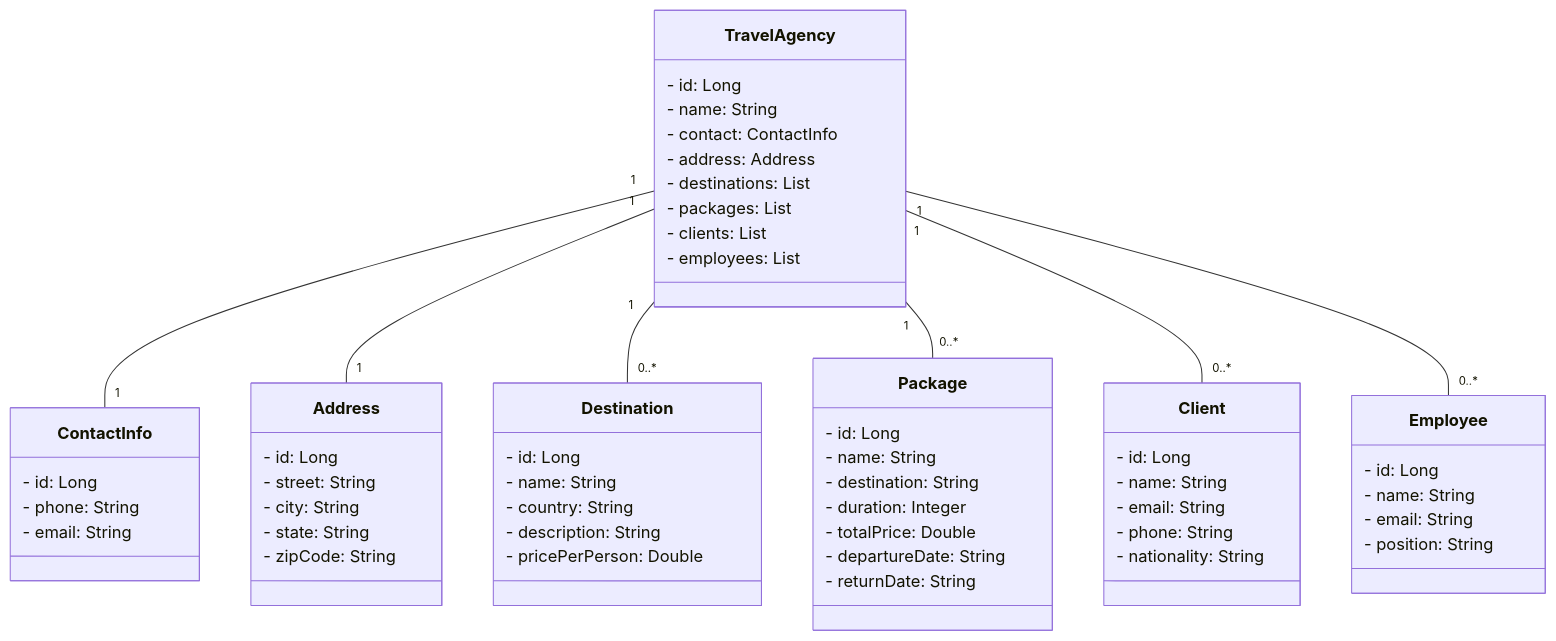
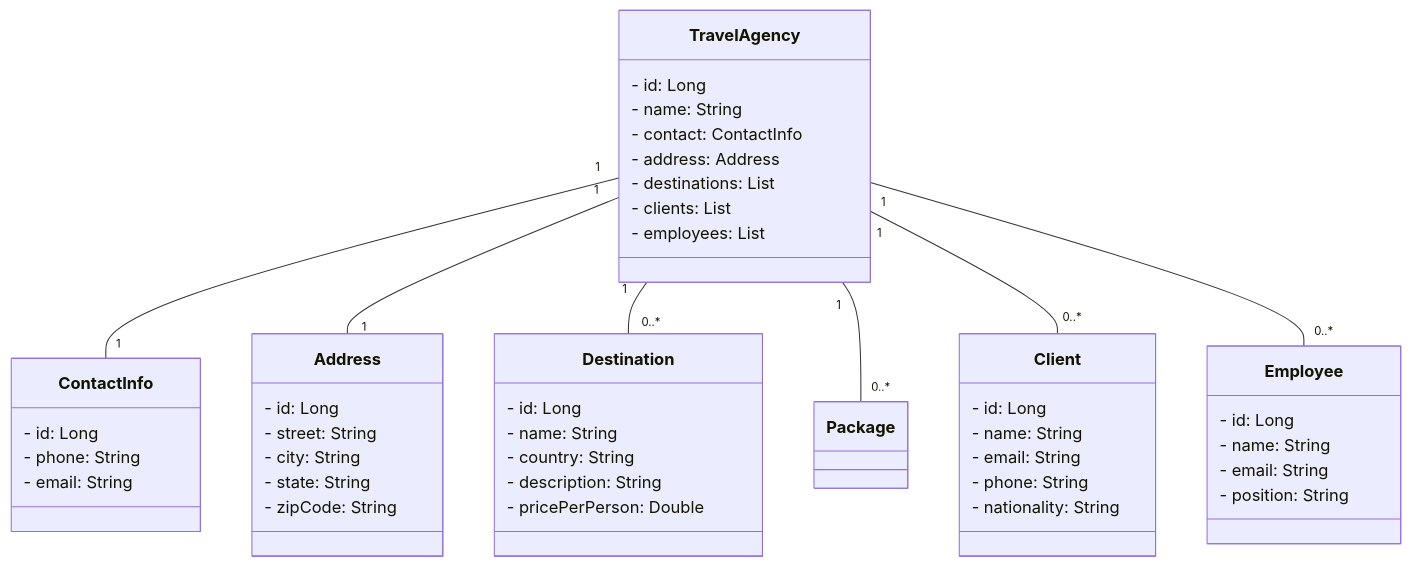
The diagram in README.md (Edurequia/travel-agency), drawn with Mermaid before and after one commit.

````diff
--- a/README.md
+++ b/README.md
@@ -3,68 +3,57 @@
 ``` mermaid
 classDiagram
   class TravelAgency {
     - id: Long
     - name: String
     - contact: ContactInfo
     - address: Address
     - destinations: List<Destination>
-    - packages: List<Package>
     - clients: List<Client>
     - employees: List<Employee>
   }
 
   class ContactInfo {
     - id: Long
     - phone: String
     - email: String
   }
 
   class Address {
     - id: Long
     - street: String
     - city: String
     - state: String
     - zipCode: String
   }
 
   class Destination {
     - id: Long
     - name: String
     - country: String
     - description: String
     - pricePerPerson: Double
   }
 
-  class Package {
-    - id: Long
-    - name: String
-    - destination: String
-    - duration: Integer
-    - totalPrice: Double
-    - departureDate: String
-    - returnDate: String
-  }
-
   class Client {
     - id: Long
     - name: String
     - email: String
     - phone: String
     - nationality: String
   }
 
   class Employee {
     - id: Long
     - name: String
     - email: String
     - position: String
   }
 
   TravelAgency "1" -- "1" ContactInfo
   TravelAgency "1" -- "1" Address
   TravelAgency "1" -- "0..*" Destination
   TravelAgency "1" -- "0..*" Package
   TravelAgency "1" -- "0..*" Client
   TravelAgency "1" -- "0..*" Employee
 
 ``` 
````
